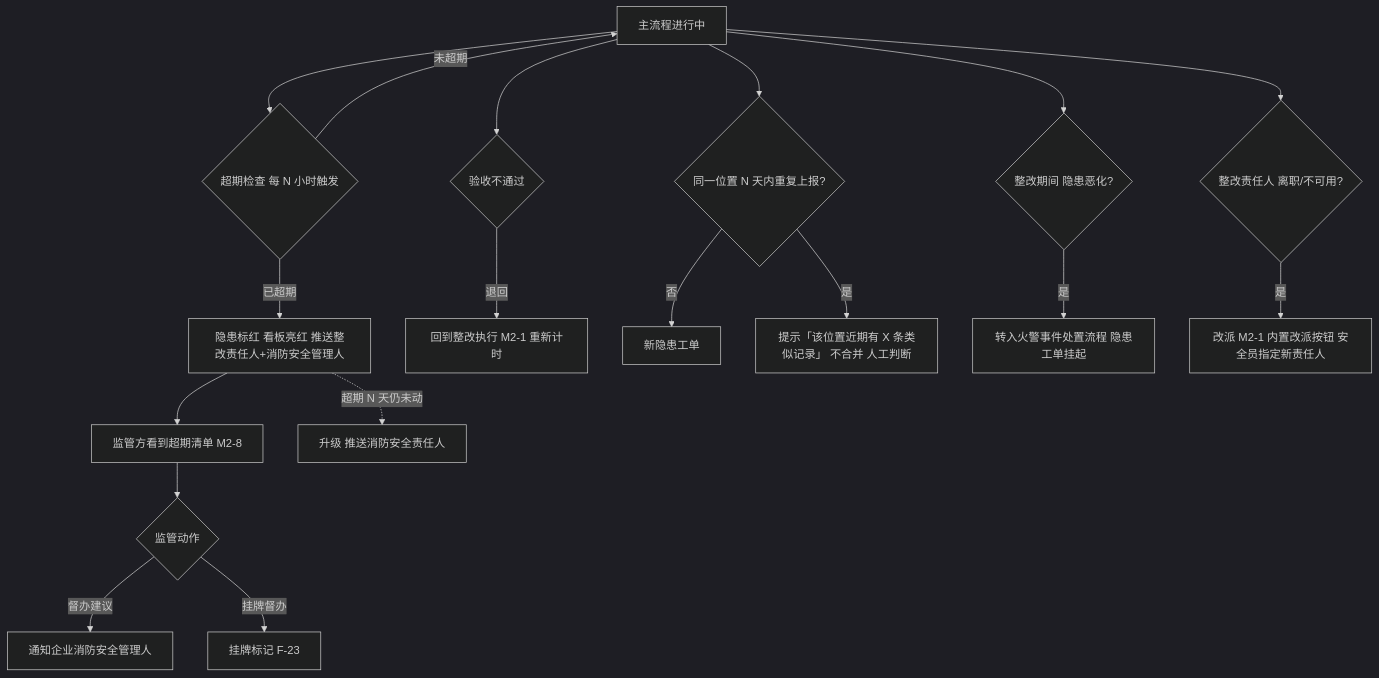
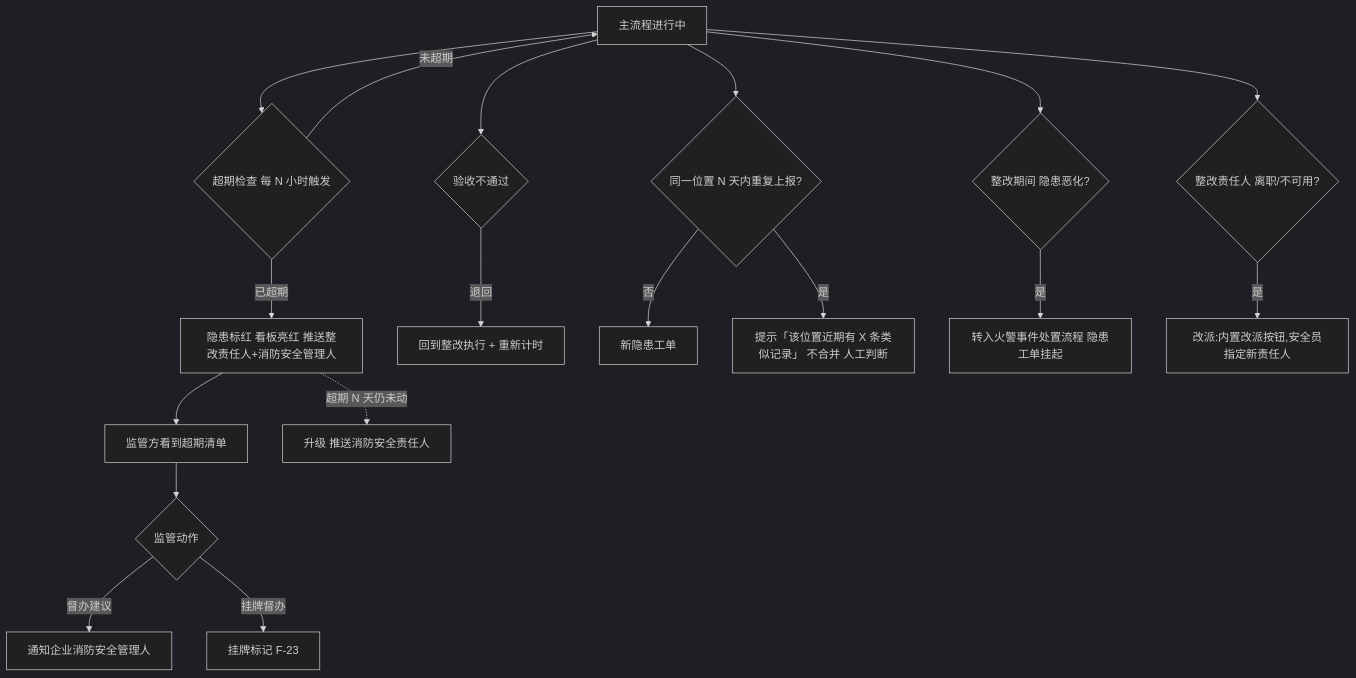
Before and after one commit to LiSunny/SaaS_Demo: the second of 8 diagrams in docs/隐患管理/biz-design-大纲.md, drawn with Mermaid (dark theme). The commit also changed other lines of this file and 2 other files, not shown here.

````diff
--- a/docs/隐患管理/biz-design-大纲.md
+++ b/docs/隐患管理/biz-design-大纲.md
@@ -380,27 +359,27 @@
 ```mermaid
 flowchart TD
     Normal[主流程进行中] --> OverdueCheck{超期检查 每 N 小时触发}
 
     OverdueCheck -->|未超期| Normal
     OverdueCheck -->|已超期| RedFlag[隐患标红 看板亮红 推送整改责任人+消防安全管理人]
 
-    RedFlag --> Supervisor[监管方看到超期清单 M2-8]
+    RedFlag --> Supervisor[监管方看到超期清单]
     Supervisor --> SuperviseAction{监管动作}
     SuperviseAction -->|督办建议| NotifyOwner[通知企业消防安全管理人]
     SuperviseAction -->|挂牌督办| Mark[挂牌标记 F-23]
 
     Normal --> VerifyReject{验收不通过}
-    VerifyReject -->|退回| Retry[回到整改执行 M2-1 重新计时]
+    VerifyReject -->|退回| Retry[回到整改执行 + 重新计时]
 
     Normal --> DupReport{同一位置 N 天内重复上报?}
     DupReport -->|否| NewOne[新隐患工单]
     DupReport -->|是| Hint[提示「该位置近期有 X 条类似记录」 不合并 人工判断]
 
     Normal --> Aggravate{整改期间 隐患恶化?}
     Aggravate -->|是| FireEvent[转入火警事件处置流程 隐患工单挂起]
 
     Normal --> Resign{整改责任人 离职/不可用?}
-    Resign -->|是| Reassign[改派 M2-1 内置改派按钮 安全员指定新责任人]
+    Resign -->|是| Reassign[改派:内置改派按钮,安全员指定新责任人]
 
     RedFlag -.->|超期 N 天仍未动| Escalate[升级 推送消防安全责任人]
 ```
````
